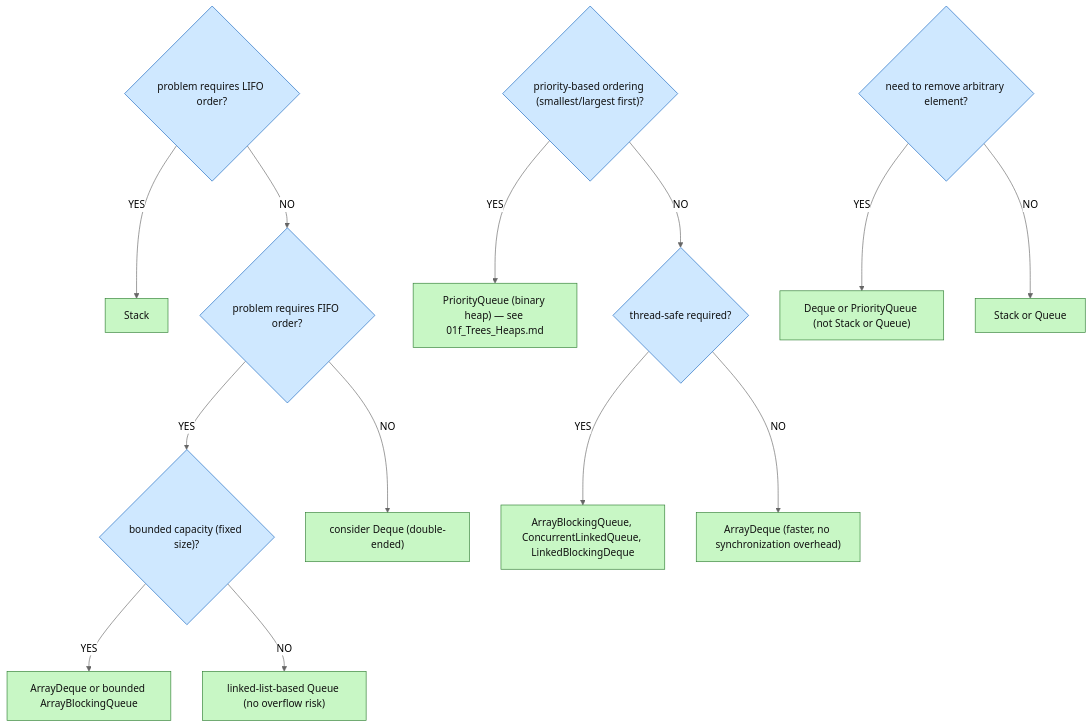
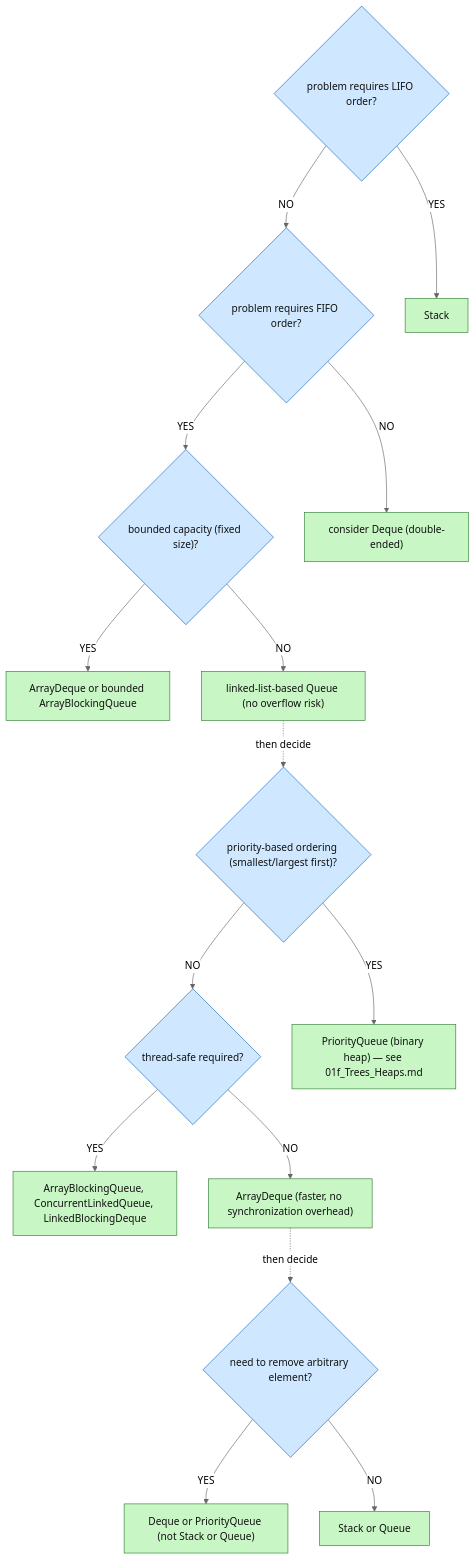
The sixth of 6 diagrams in 02_Data_Structures/01d_Stack_Queue.md (SaiHarsha502vvit/Daily-Prep), drawn with Mermaid (neutral theme) before and after one commit. The commit also changed 9 other files, not shown here.

First line of the commit message:
docs(data-structures): decision trees to Mermaid in A3/A4 and connect chained questions

````diff
--- a/02_Data_Structures/01d_Stack_Queue.md
+++ b/02_Data_Structures/01d_Stack_Queue.md
@@ -1221,25 +1221,27 @@
 ```mermaid
 flowchart TD
     Q0{"problem requires LIFO order?"}
     Q1{"problem requires FIFO order?"}
     Q2{"bounded capacity (fixed size)?"}
     Q3{"priority-based ordering (smallest/largest first)?"}
     Q4{"thread-safe required?"}
     Q5{"need to remove arbitrary element?"}
     Q0 -- YES --> A1["Stack"]
     Q0 -- NO --> Q1
     Q1 -- YES --> Q2
     Q1 -- NO --> A2["consider Deque (double-ended)"]
     Q2 -- YES --> A3["ArrayDeque or bounded ArrayBlockingQueue"]
     Q2 -- NO --> A4["linked-list-based Queue (no overflow risk)"]
     Q3 -- YES --> A5["PriorityQueue (binary heap) — see 01f_Trees_Heaps.md"]
     Q3 -- NO --> Q4
     Q4 -- YES --> A6["ArrayBlockingQueue, ConcurrentLinkedQueue, LinkedBlockingDeque"]
     Q4 -- NO --> A7["ArrayDeque (faster, no synchronization overhead)"]
     Q5 -- YES --> A8["Deque or PriorityQueue (not Stack or Queue)"]
     Q5 -- NO --> A9["Stack or Queue"]
+    A4 -. "then decide" .-> Q3
+    A7 -. "then decide" .-> Q5
     classDef ask fill:#cfe8ff,stroke:#1565c0,color:#111
     classDef ans fill:#c8f7c5,stroke:#2e7d32,color:#111
     class Q0,Q1,Q2,Q3,Q4,Q5 ask
     class A1,A2,A3,A4,A5,A6,A7,A8,A9 ans
 ```
````
